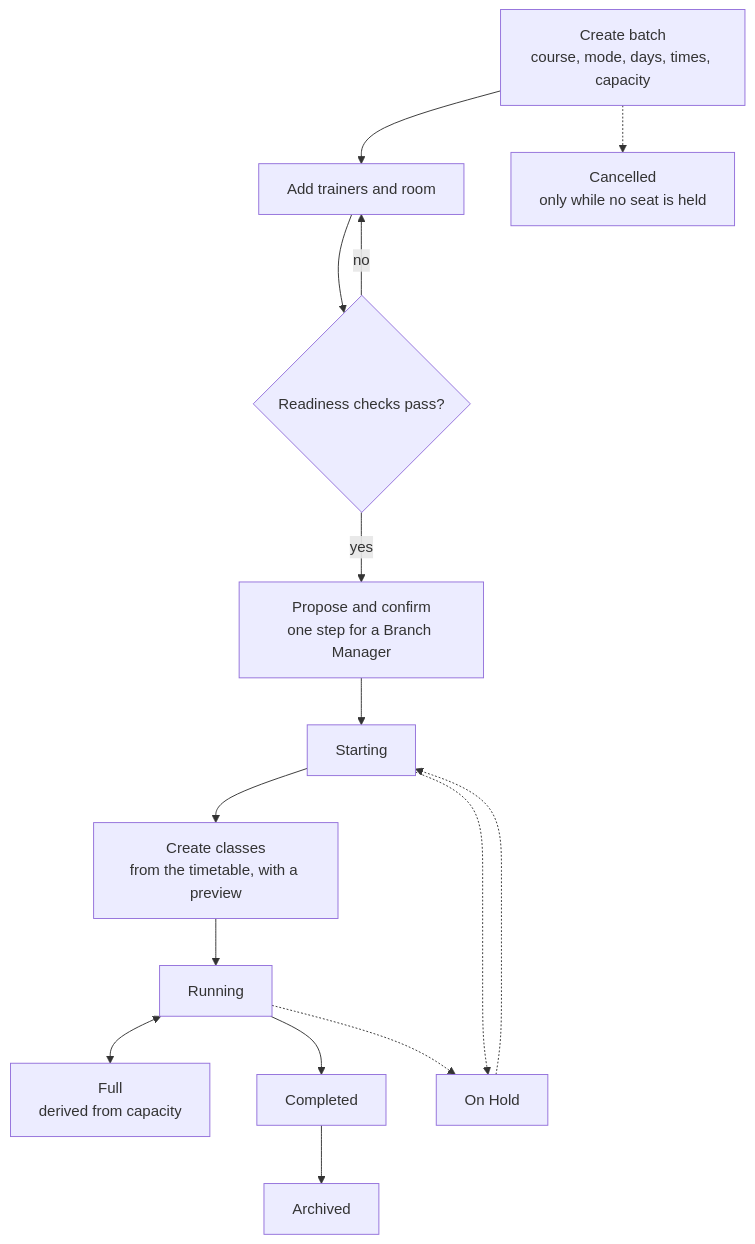
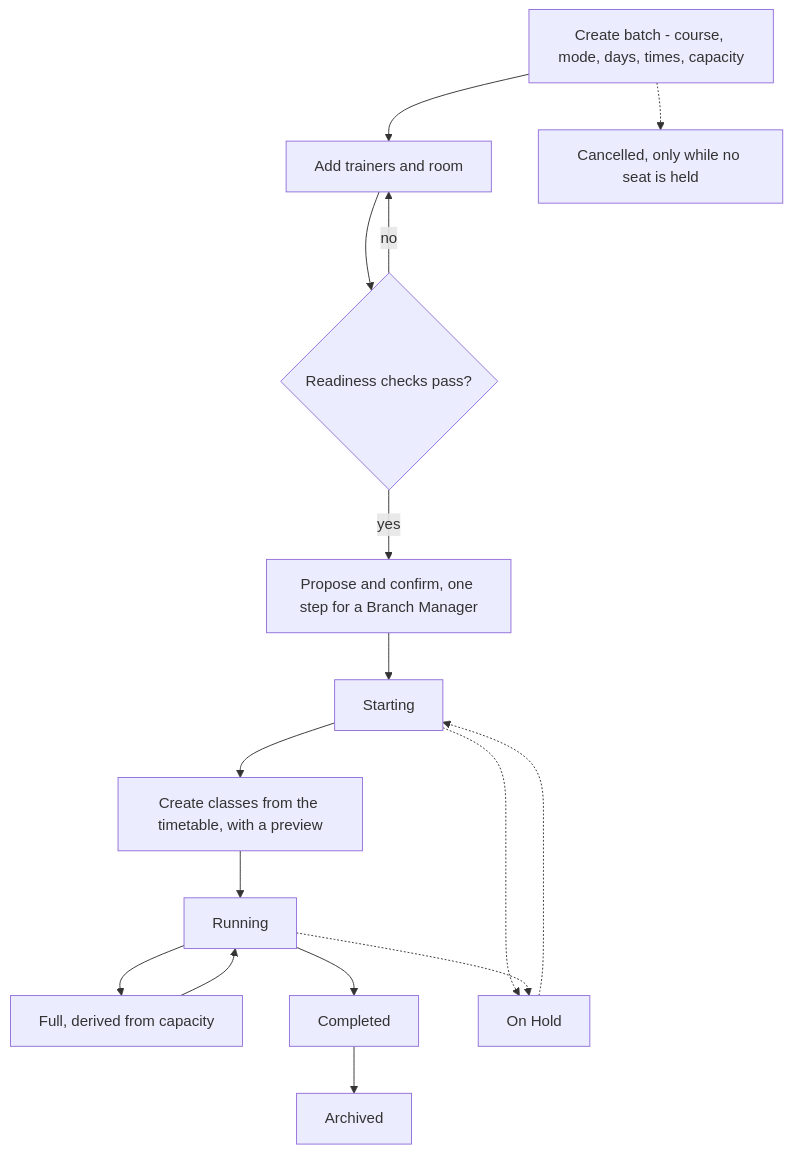
One commit to misterpk-18/nipunalms changed the fifth of 17 diagrams in docs/PRODUCT_GUIDE.md. Above: the diagram before and after it, drawn with Mermaid. The commit also changed other lines of this file, not shown here.

Commit message:
Product guide: simpler Mermaid syntax, taller layouts, assignment and test charts split

````diff
--- a/docs/PRODUCT_GUIDE.md
+++ b/docs/PRODUCT_GUIDE.md
@@ -117,17 +117,18 @@
 ```mermaid
 flowchart TD
-    A["Create batch<br/>course, mode, days, times, capacity"] --> B["Add trainers and room"]
+    A["Create batch - course, mode, days, times, capacity"] --> B["Add trainers and room"]
     B --> C{"Readiness checks pass?"}
     C -->|"no"| B
-    C -->|"yes"| D["Propose and confirm<br/>one step for a Branch Manager"]
+    C -->|"yes"| D["Propose and confirm, one step for a Branch Manager"]
     D --> E["Starting"]
-    E --> F["Create classes<br/>from the timetable, with a preview"]
+    E --> F["Create classes from the timetable, with a preview"]
     F --> G["Running"]
-    G <--> H["Full<br/>derived from capacity"]
+    G --> H["Full, derived from capacity"]
+    H --> G
     G --> I["Completed"]
-    A -.-> X["Cancelled<br/>only while no seat is held"]
+    A -.-> X["Cancelled, only while no seat is held"]
     E -.-> Y["On Hold"]
     G -.-> Y
     Y -.-> E
     I --> Z["Archived"]
 ```
````
